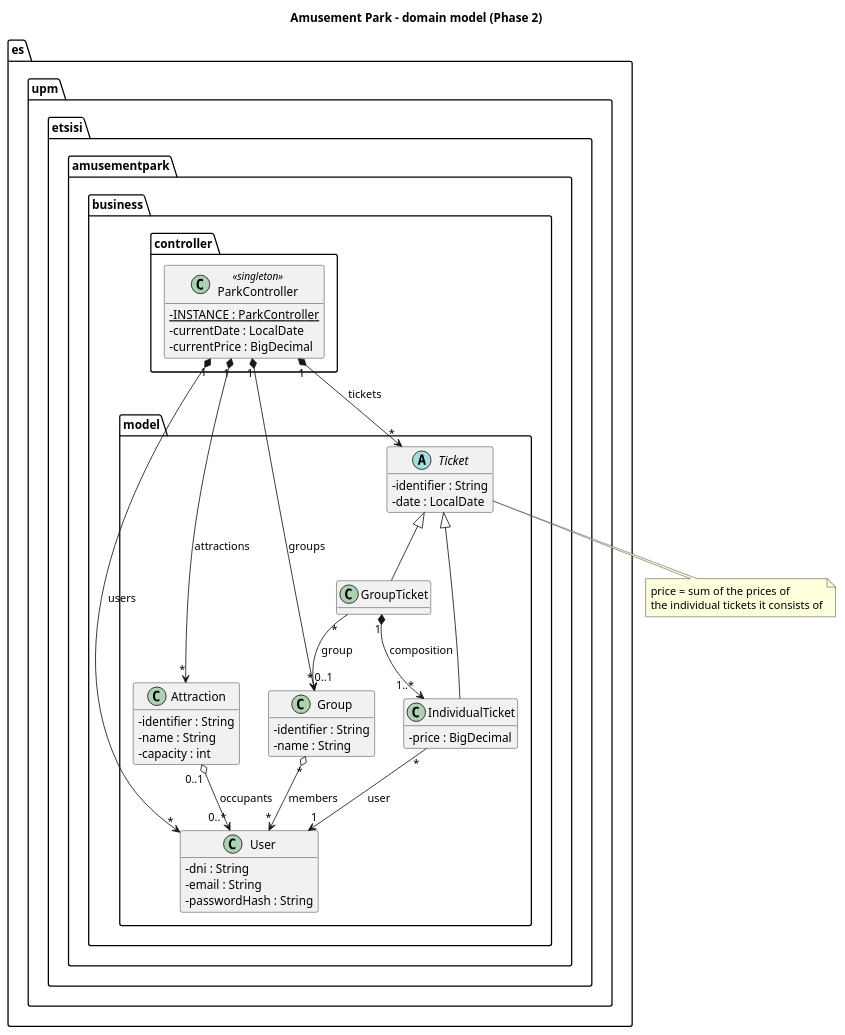
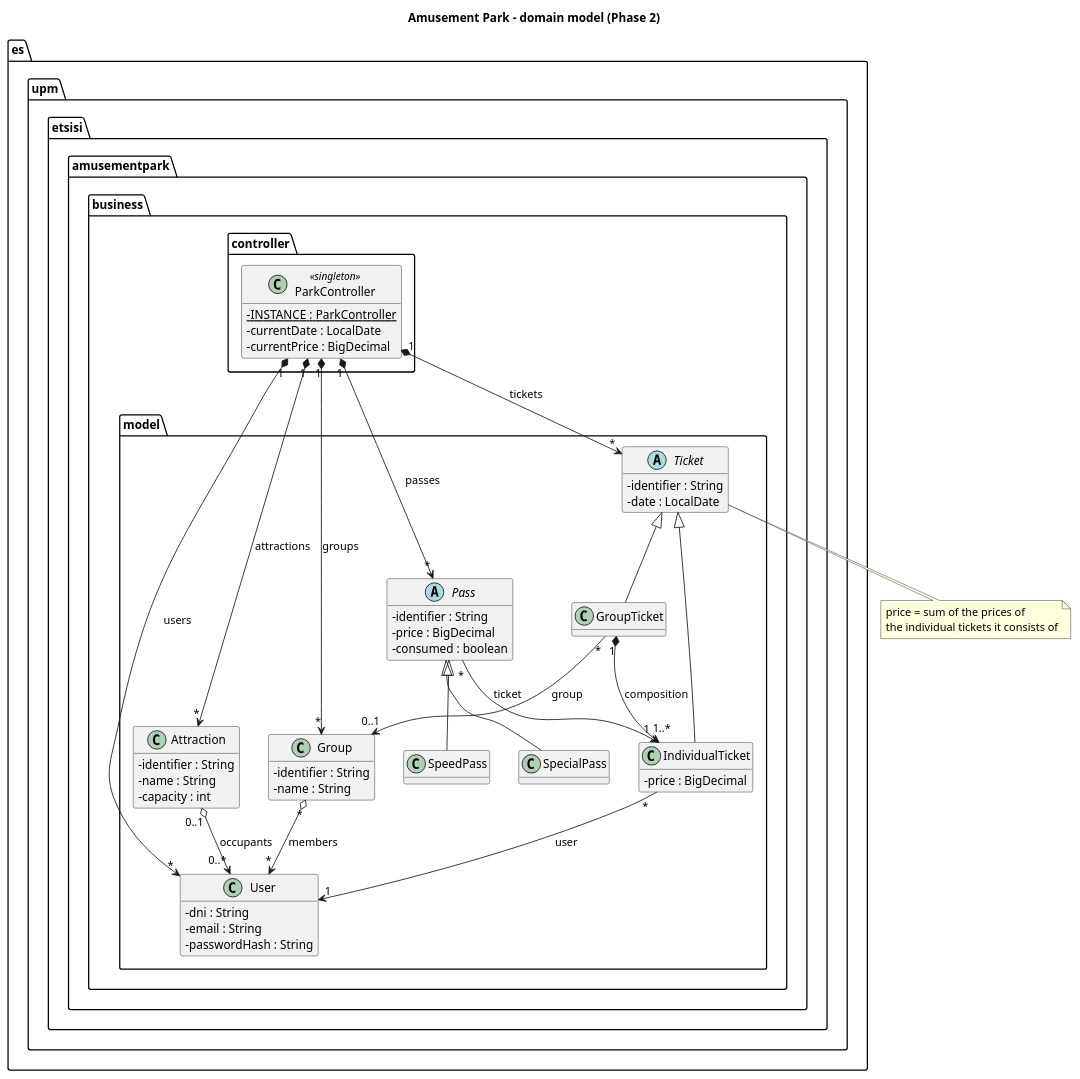
One commit to skai-upm/caise27 changed the diagram in uml/model.puml. Above: the diagram before and after it, drawn with PlantUML. The commit also changed 22 other files, not shown here.

Commit message:
[F3-C06] Add speed and special passes

```diff
--- a/uml/model.puml
+++ b/uml/model.puml
@@ -1,63 +1,79 @@
 @startuml model
 title Amusement Park - domain model (Phase 2)
 hide empty methods
 skinparam classAttributeIconSize 0
 
 package es.upm.etsisi.amusementpark.business.controller {
   class ParkController <<singleton>> {
     - {static} INSTANCE : ParkController
     - currentDate : LocalDate
     - currentPrice : BigDecimal
   }
 }
 
 package es.upm.etsisi.amusementpark.business.model {
   class User {
     - dni : String
     - email : String
     - passwordHash : String
   }
 
   class Group {
     - identifier : String
     - name : String
   }
 
   abstract class Ticket {
     - identifier : String
     - date : LocalDate
   }
 
   class IndividualTicket {
     - price : BigDecimal
   }
 
   class GroupTicket {
   }
 
+  abstract class Pass {
+    - identifier : String
+    - price : BigDecimal
+    - consumed : boolean
+  }
+
+  class SpeedPass {
+  }
+
+  class SpecialPass {
+  }
+
   class Attraction {
     - identifier : String
     - name : String
     - capacity : int
   }
 }
 
 Ticket <|-- IndividualTicket
 Ticket <|-- GroupTicket
+Pass <|-- SpeedPass
+Pass <|-- SpecialPass
 
 IndividualTicket "*" --> "1" User : user
 GroupTicket "1" *--> "1..*" IndividualTicket : composition
 GroupTicket "*" --> "0..1" Group : group
 Group "*" o--> "*" User : members
 Attraction "0..1" o--> "0..*" User : occupants
+Pass "*" --> "1" IndividualTicket : ticket
 
 ParkController "1" *--> "*" User : users
 ParkController "1" *--> "*" Group : groups
 ParkController "1" *--> "*" Ticket : tickets
 ParkController "1" *--> "*" Attraction : attractions
+ParkController "1" *--> "*" Pass : passes
 
 note bottom of Ticket
   price = sum of the prices of
   the individual tickets it consists of
 end note
 @enduml
```
